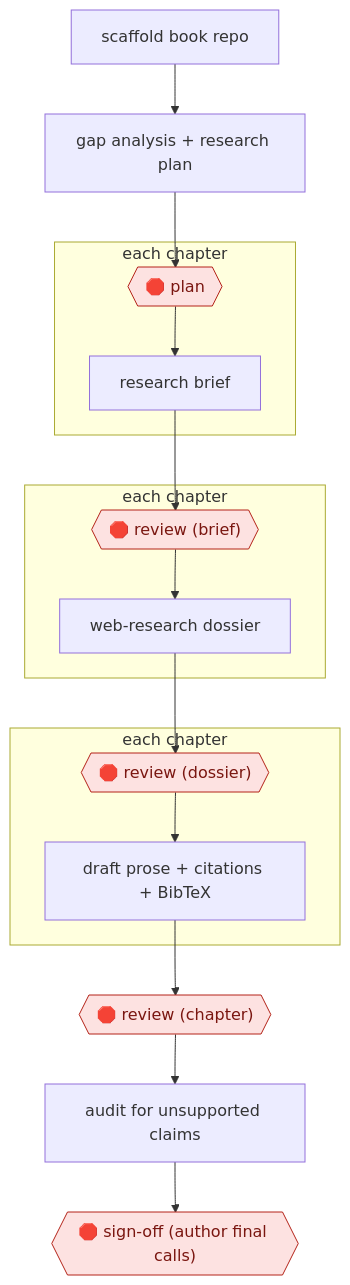
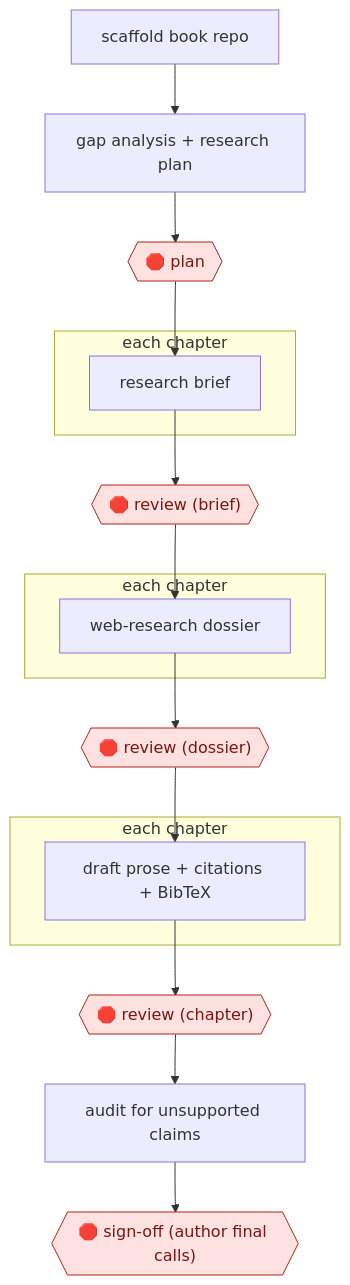
Before and after one commit to milesradford99/agent-workflow-atlas: the diagram in workflows/CRE/WRI/NONFIC/dossier-to-chapter-book/README.md, drawn with Mermaid. The commit also changed other lines of this file and 171 other files, not shown here.

````diff
--- a/workflows/CRE/WRI/NONFIC/dossier-to-chapter-book/README.md
+++ b/workflows/CRE/WRI/NONFIC/dossier-to-chapter-book/README.md
@@ -31,31 +31,31 @@
 ```mermaid
 flowchart TD
   n1["scaffold book repo"]
   n2["gap analysis + research plan"]
-  n1 --> n2
   n3{{"🛑 plan"}}:::stop
-  n2 --> n3
   subgraph s4["each chapter"]
   n5["research brief"]
-  n3 --> n5
   end
   n6{{"🛑 review (brief)"}}:::stop
-  n5 --> n6
   subgraph s7["each chapter"]
   n8["web-research dossier"]
-  n6 --> n8
   end
   n9{{"🛑 review (dossier)"}}:::stop
-  n8 --> n9
   subgraph s10["each chapter"]
   n11["draft prose + citations + BibTeX"]
-  n9 --> n11
   end
   n12{{"🛑 review (chapter)"}}:::stop
+  n13["audit for unsupported claims"]
+  n14{{"🛑 sign-off (author final calls)"}}:::stop
+  n1 --> n2
+  n2 --> n3
+  n3 --> n5
+  n5 --> n6
+  n6 --> n8
+  n8 --> n9
+  n9 --> n11
   n11 --> n12
-  n13["audit for unsupported claims"]
   n12 --> n13
-  n14{{"🛑 sign-off (author final calls)"}}:::stop
   n13 --> n14
   classDef stop fill:#fde2e1,stroke:#b42318,color:#7a1610
 ```
````
